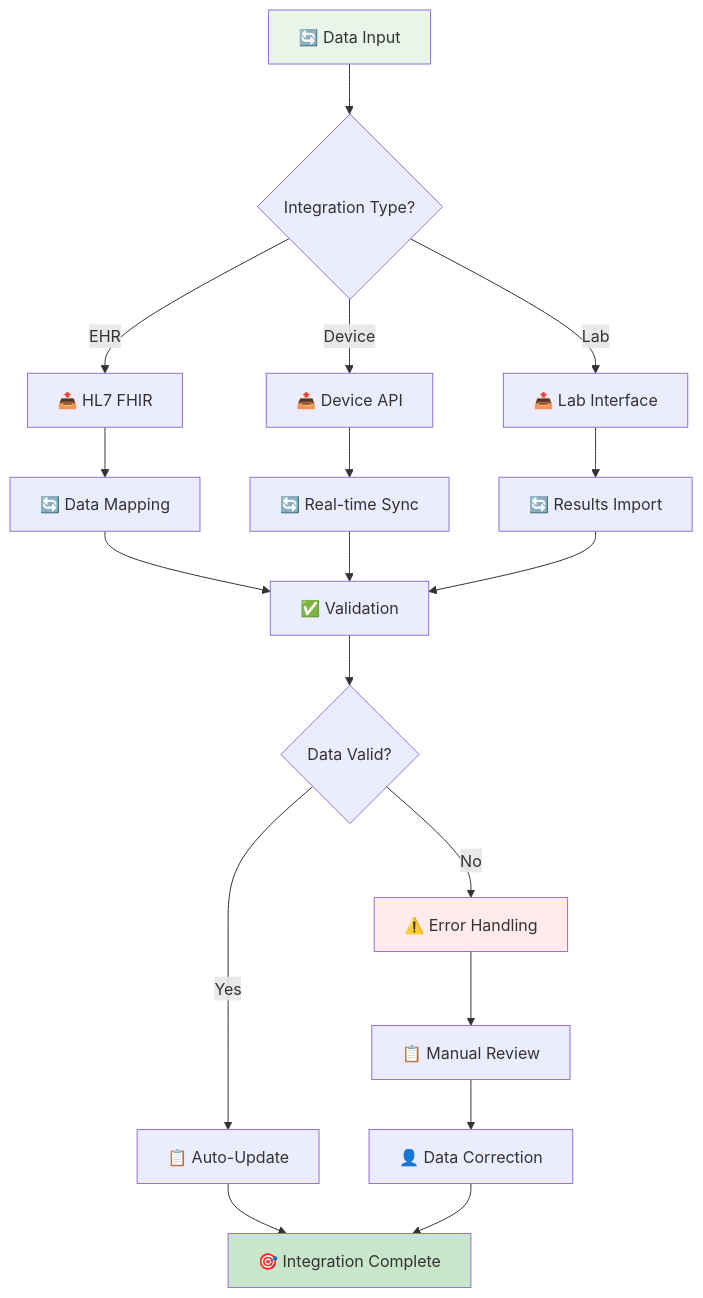
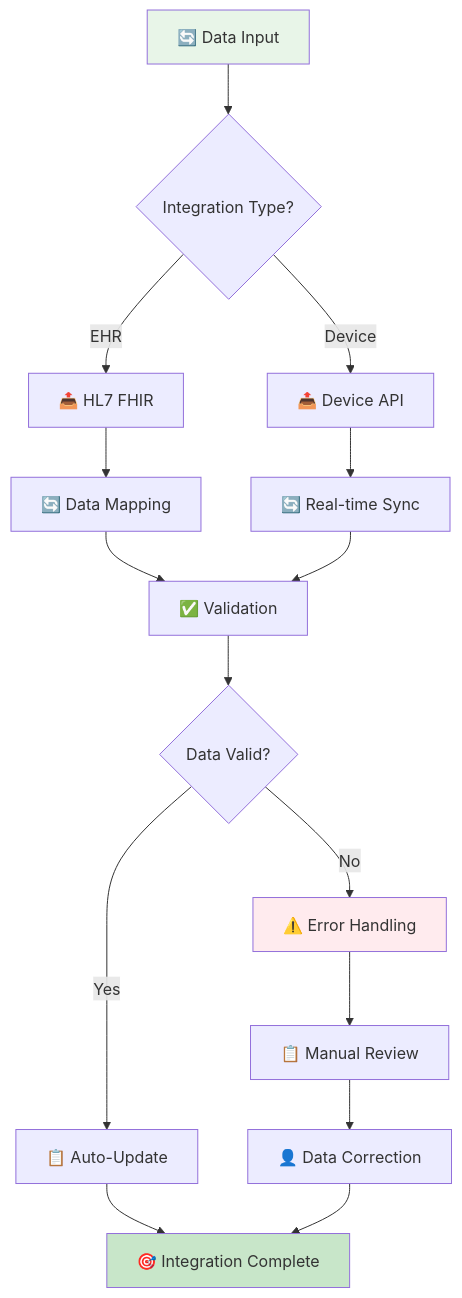
Diagram 12 of 13 in docs/wireflow-diagrams.md (Duraman3444/PreExamChartingAgent), drawn with Mermaid before and after one commit. The commit also changed 7 other files, not shown here.

````diff
--- a/docs/wireflow-diagrams.md
+++ b/docs/wireflow-diagrams.md
@@ -357,24 +357,21 @@
 ```mermaid
 flowchart TD
     A[🔄 Data Input] --> B{Integration Type?}
     B -->|EHR| C[📤 HL7 FHIR]
     B -->|Device| D[📤 Device API]
-    B -->|Lab| E[📤 Lab Interface]
     C --> F[🔄 Data Mapping]
     D --> G[🔄 Real-time Sync]
-    E --> H[🔄 Results Import]
     F --> I[✅ Validation]
     G --> I
-    H --> I
     I --> J{Data Valid?}
     J -->|Yes| K[📋 Auto-Update]
     J -->|No| L[⚠️ Error Handling]
     K --> M[🎯 Integration Complete]
     L --> N[📋 Manual Review]
     N --> O[👤 Data Correction]
     O --> M
     
     style A fill:#e8f5e8
     style M fill:#c8e6c9
     style L fill:#ffebee
 ```
````
